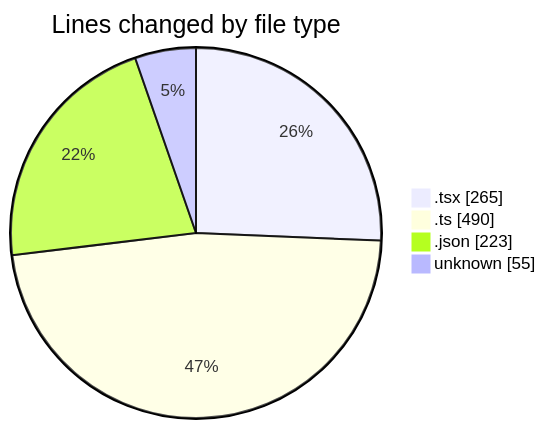
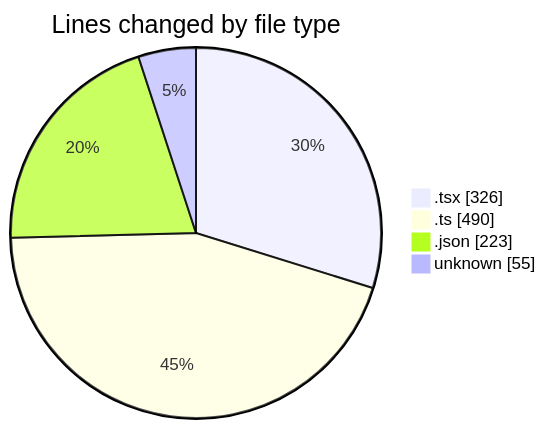
One commit to momahboobian/code-tracking changed the first of 2 diagrams in 2025-10-21/cda/README.md. Above: the diagram before and after it, drawn with Mermaid. The commit also changed other lines of this file and 1 other file, not shown here.

````diff
--- a/2025-10-21/cda/README.md
+++ b/2025-10-21/cda/README.md
@@ -27,8 +28,8 @@
 ```mermaid
 pie showData
 title Lines changed by file type
-".tsx" : 265
+".tsx" : 326
 ".ts" : 490
 ".json" : 223
 "unknown" : 55
 ```
````
